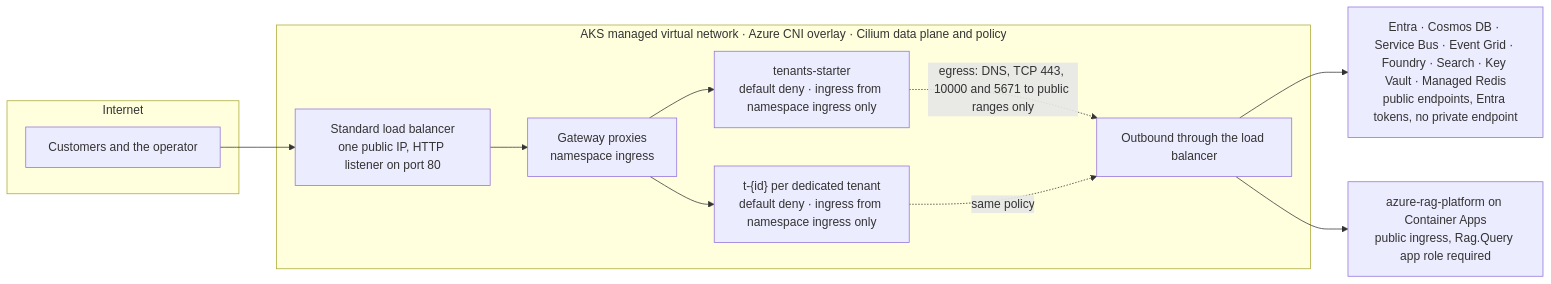
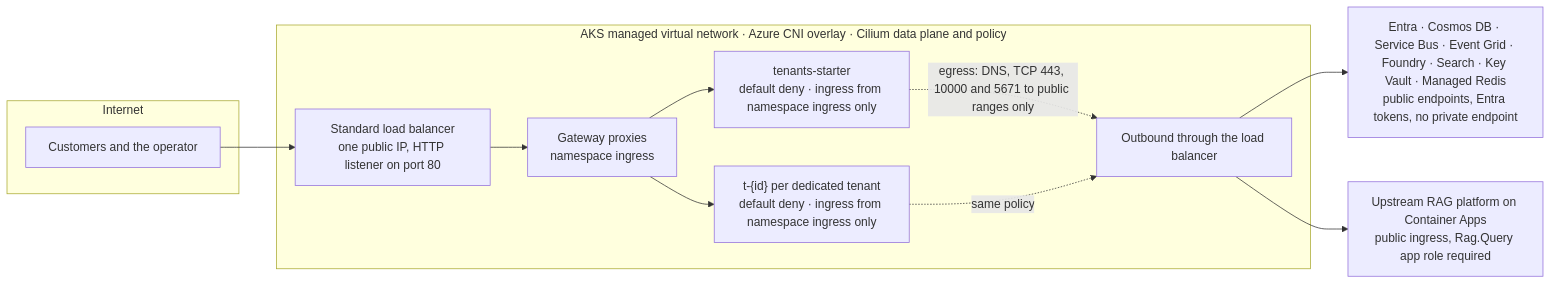
One commit to Rodrigo-GomezdelMoral/azure-ai-saas-platform changed the second of 4 diagrams in docs/architecture.md. Above: the diagram before and after it, drawn with Mermaid. The commit also changed other lines of this file and 32 other files, not shown here.

````diff
--- a/docs/architecture.md
+++ b/docs/architecture.md
@@ -46,16 +46,16 @@
 ```mermaid
 graph LR
     subgraph internet["Internet"]
         CL["Customers and the operator"]
     end
     subgraph vnet["AKS managed virtual network · Azure CNI overlay · Cilium data plane and policy"]
         LB["Standard load balancer<br/>one public IP, HTTP listener on port 80"] --> GWP["Gateway proxies<br/>namespace ingress"]
         GWP --> NS1["tenants-starter<br/>default deny · ingress from namespace ingress only"]
         GWP --> NS2["t-{id} per dedicated tenant<br/>default deny · ingress from namespace ingress only"]
         NS1 -. "egress: DNS, TCP 443, 10000 and 5671 to public ranges only" .-> OUT["Outbound through the load balancer"]
         NS2 -. "same policy" .-> OUT
     end
     CL --> LB
     OUT --> PAAS["Entra · Cosmos DB · Service Bus · Event Grid · Foundry · Search · Key Vault · Managed Redis<br/>public endpoints, Entra tokens, no private endpoint"]
-    OUT --> RAG["azure-rag-platform on Container Apps<br/>public ingress, Rag.Query app role required"]
+    OUT --> RAG["Upstream RAG platform on Container Apps<br/>public ingress, Rag.Query app role required"]
 ```
````
